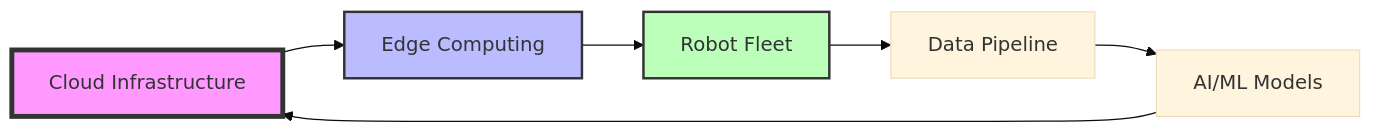
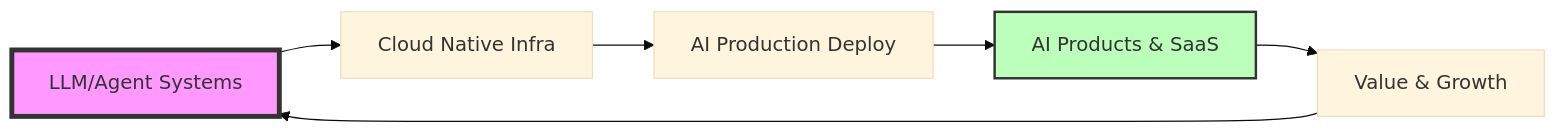
One commit to ink-hz/ink-hz changed the diagram in README.md. Above: the diagram before and after it, drawn with Mermaid (base theme). The commit also changed other lines of this file, not shown here.

Commit message:
Transform profile from Robotics Cloud Platform to AI Application Architect

````diff
--- a/README.md
+++ b/README.md
@@ -28,11 +28,10 @@
 ```mermaid
 graph LR
-    A[Cloud Infrastructure] --> B[Edge Computing]
-    B --> C[Robot Fleet]
-    C --> D[Data Pipeline]
-    D --> E[AI/ML Models]
+    A[LLM/Agent Systems] --> B[Cloud Native Infra]
+    B --> C[AI Production Deploy]
+    C --> D[AI Products & SaaS]
+    D --> E[Value & Growth]
     E --> A
     style A fill:#f9f,stroke:#333,stroke-width:4px
-    style B fill:#bbf,stroke:#333,stroke-width:2px
-    style C fill:#bfb,stroke:#333,stroke-width:2px
+    style D fill:#bfb,stroke:#333,stroke-width:2px
 ```
````
